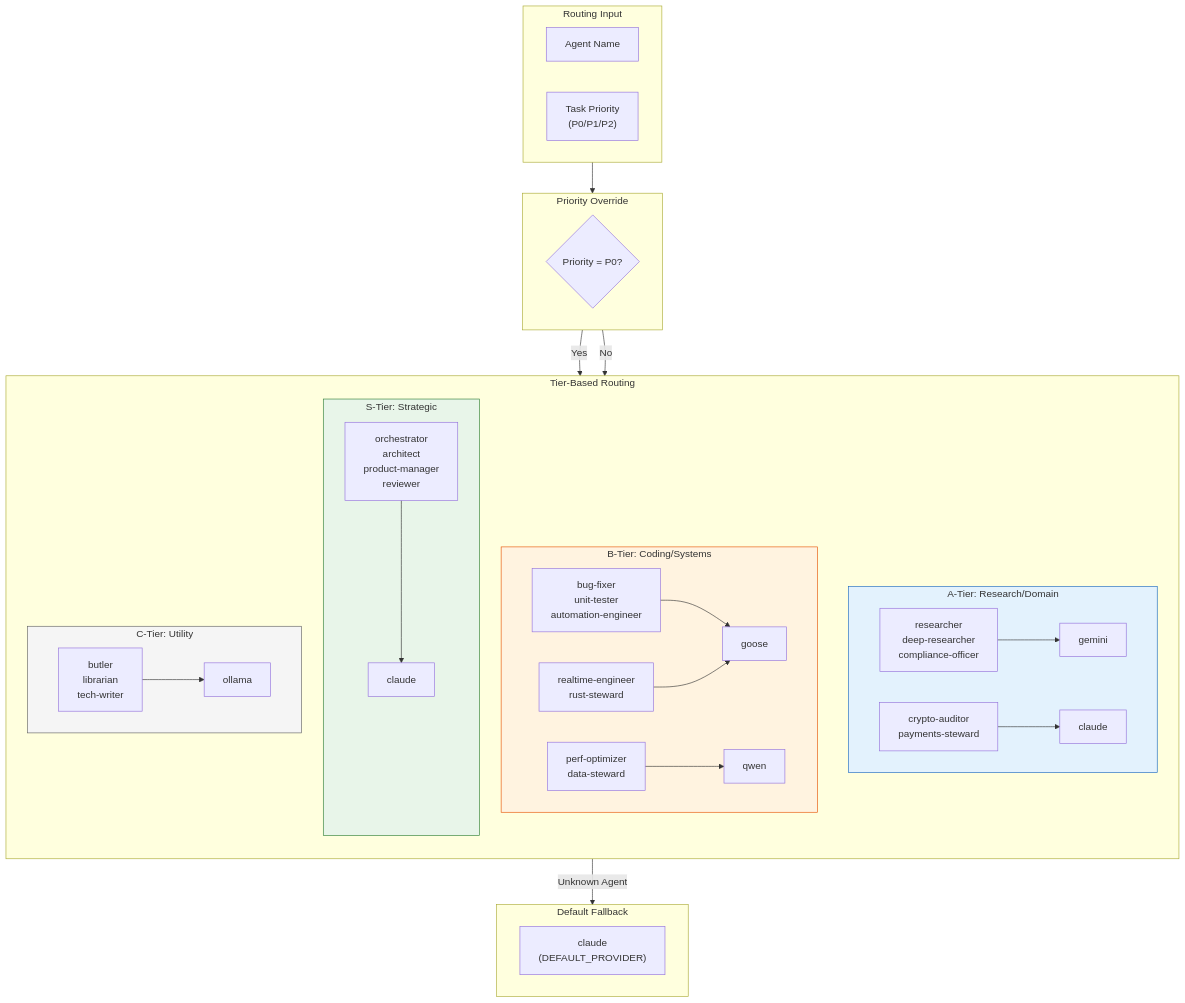
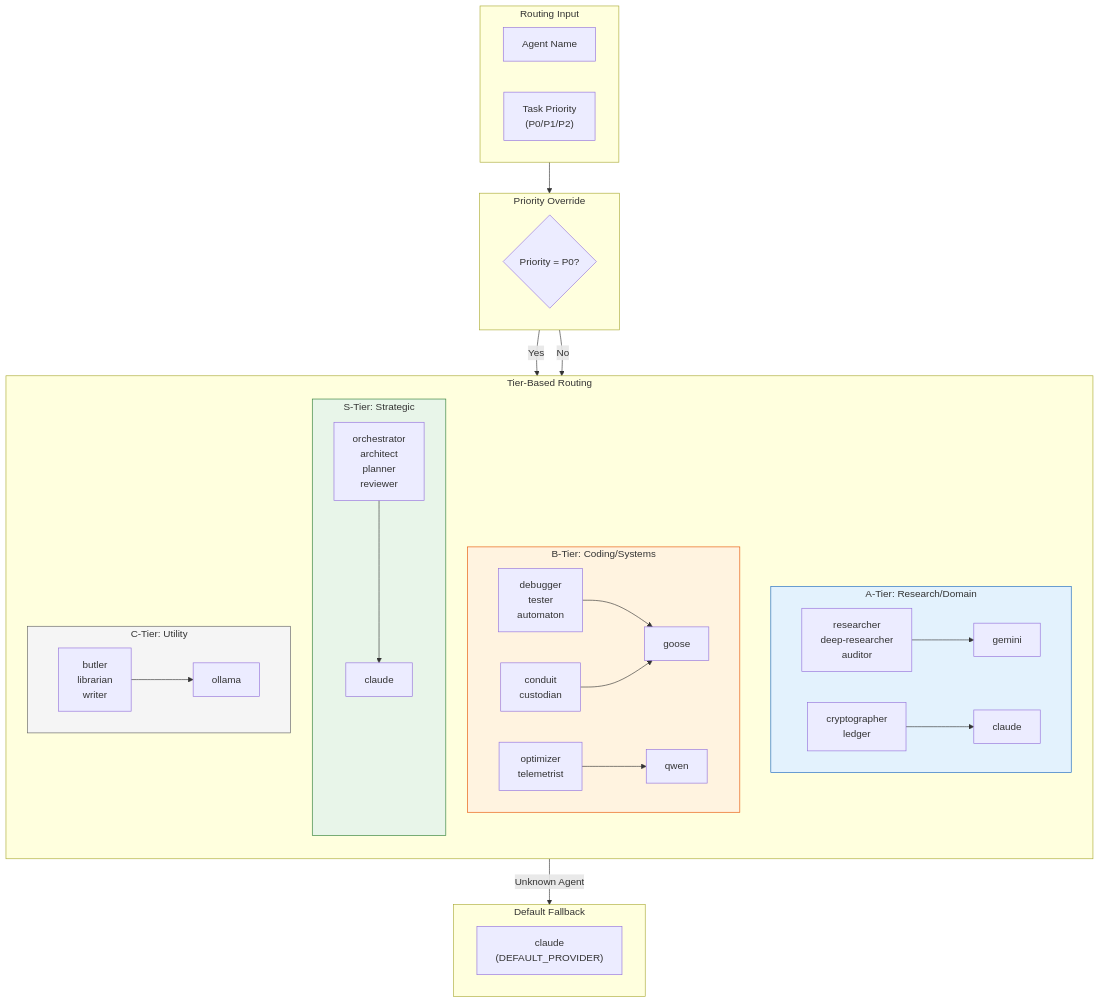
The tenth of 16 diagrams in docs/essentials/architecture.md (sebastienrousseau/euxis), drawn with Mermaid before and after one commit. The commit also changed other lines of this file and 118 other files, not shown here.

````diff
--- a/docs/essentials/architecture.md
+++ b/docs/essentials/architecture.md
@@ -392,63 +392,63 @@
 ```mermaid
 flowchart TB
     subgraph Input["Routing Input"]
         agent["Agent Name"]
         priority["Task Priority<br/>(P0/P1/P2)"]
     end
 
     subgraph P0Check["Priority Override"]
         p0_check{"Priority = P0?"}
     end
 
     subgraph TierRouting["Tier-Based Routing"]
         direction TB
 
         subgraph STier["S-Tier: Strategic"]
-            s_agents["orchestrator<br/>architect<br/>product-manager<br/>reviewer"]
+            s_agents["orchestrator<br/>architect<br/>planner<br/>reviewer"]
             s_provider["claude"]
         end
 
         subgraph ATier["A-Tier: Research/Domain"]
-            a_research["researcher<br/>deep-researcher<br/>compliance-officer"]
-            a_domain["crypto-auditor<br/>payments-steward"]
+            a_research["researcher<br/>deep-researcher<br/>auditor"]
+            a_domain["cryptographer<br/>ledger"]
             a_provider1["gemini"]
             a_provider2["claude"]
         end
 
         subgraph BTier["B-Tier: Coding/Systems"]
-            b_coding["bug-fixer<br/>unit-tester<br/>automation-engineer"]
-            b_systems["realtime-engineer<br/>rust-steward"]
-            b_math["perf-optimizer<br/>data-steward"]
+            b_coding["debugger<br/>tester<br/>automaton"]
+            b_systems["conduit<br/>custodian"]
+            b_math["optimizer<br/>telemetrist"]
             b_provider1["goose"]
             b_provider2["qwen"]
         end
 
         subgraph CTier["C-Tier: Utility"]
-            c_agents["butler<br/>librarian<br/>tech-writer"]
+            c_agents["butler<br/>librarian<br/>writer"]
             c_provider["ollama"]
         end
     end
 
     subgraph Fallback["Default Fallback"]
         default_provider["claude<br/>(DEFAULT_PROVIDER)"]
     end
 
     Input --> P0Check
     P0Check -->|Yes| s_provider
     P0Check -->|No| TierRouting
 
     s_agents --> s_provider
     a_research --> a_provider1
     a_domain --> a_provider2
     b_coding --> b_provider1
     b_systems --> b_provider1
     b_math --> b_provider2
     c_agents --> c_provider
 
     TierRouting -->|"Unknown Agent"| Fallback
 
     style STier fill:#e8f5e9,stroke:#2e7d32
     style ATier fill:#e3f2fd,stroke:#1565c0
     style BTier fill:#fff3e0,stroke:#e65100
     style CTier fill:#f5f5f5,stroke:#616161
 ```
````
